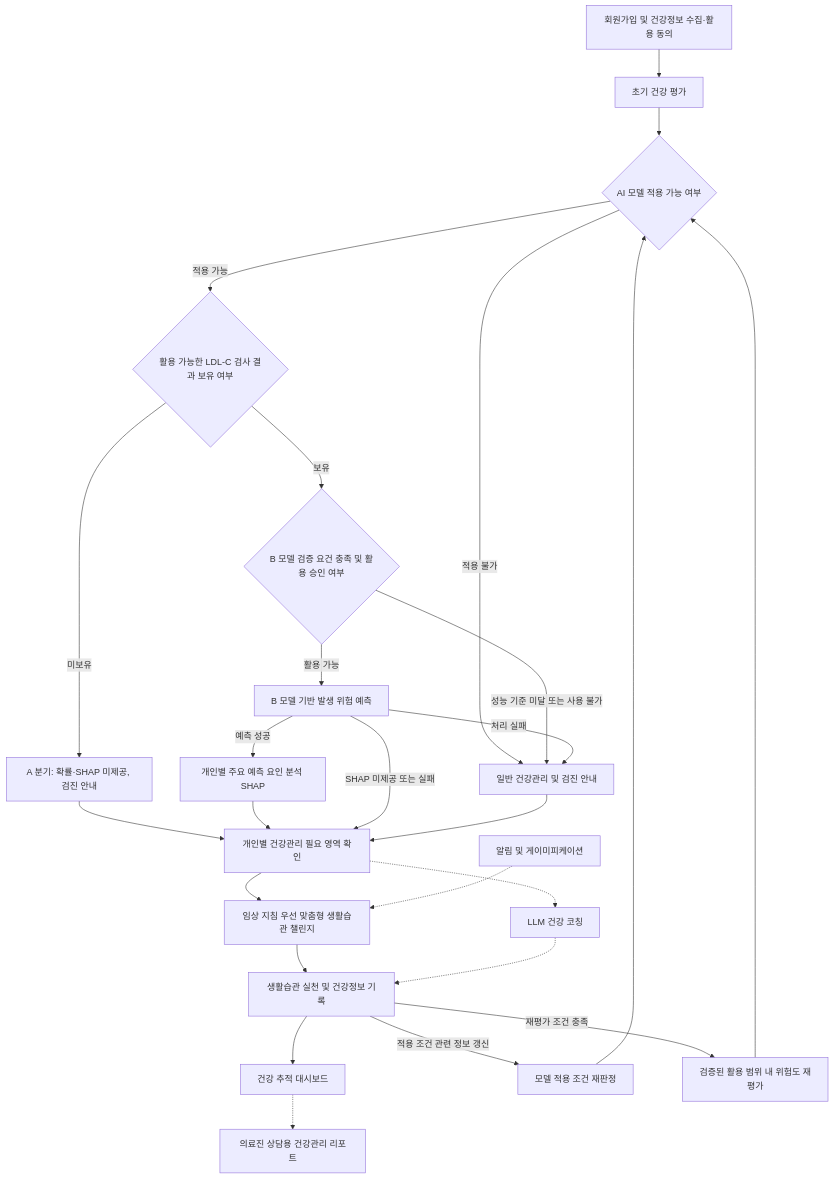
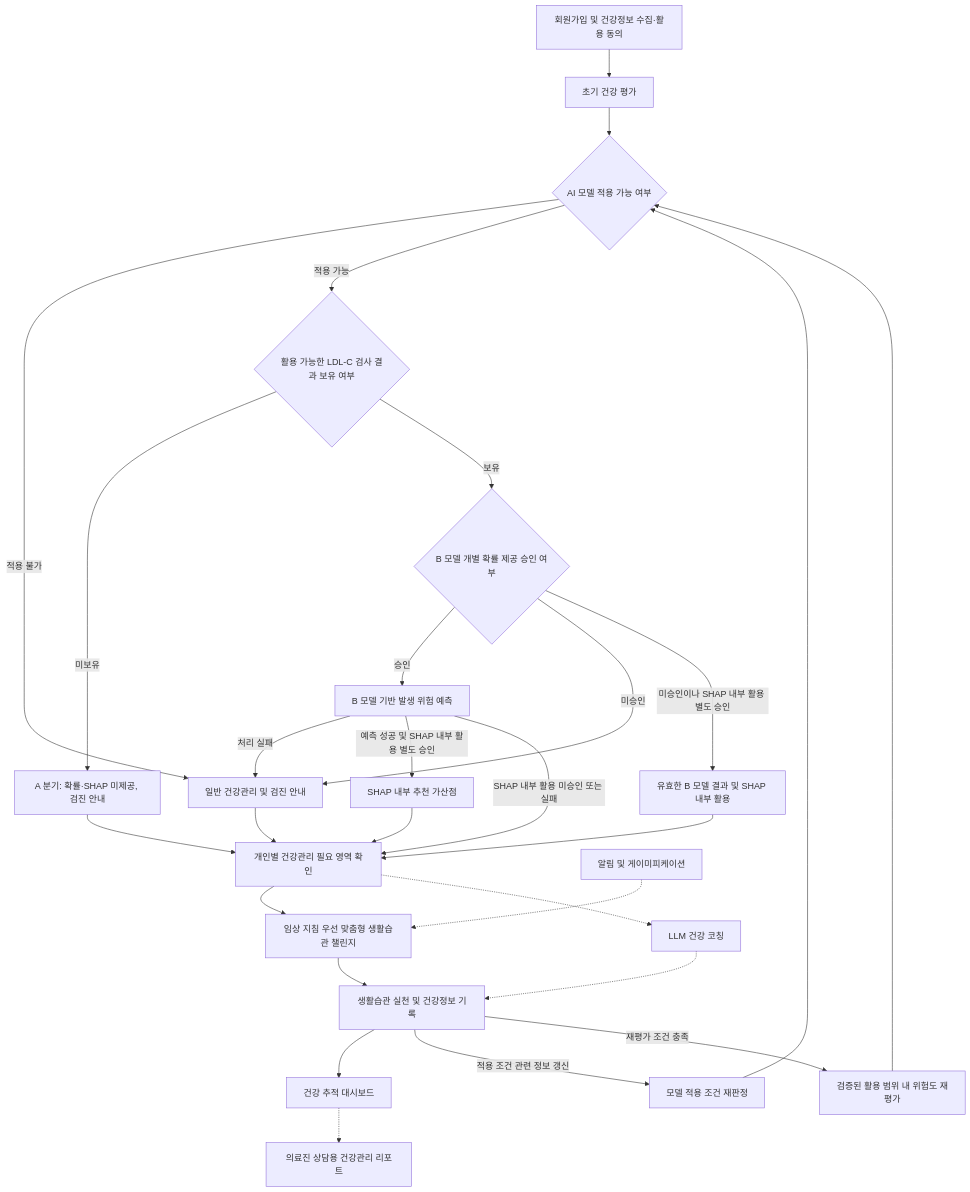
Before and after one commit to AI-HealthCare-07/welloop: the first of 2 diagrams in docs/planning/WELLOOP_요구사항정의서_v2.0.md, drawn with Mermaid. The commit also changed other lines of this file, not shown here.

````diff
--- a/docs/planning/WELLOOP_요구사항정의서_v2.0.md
+++ b/docs/planning/WELLOOP_요구사항정의서_v2.0.md
@@ -208,28 +208,30 @@
 ```mermaid
 flowchart TD
     AUTH["회원가입 및 건강정보 수집·활용 동의"] --> A["초기 건강 평가"]
     A --> B{"AI 모델 적용 가능 여부"}
     B -->|적용 불가| F["일반 건강관리 및 검진 안내"]
     B -->|적용 가능| C{"활용 가능한 LDL-C 검사 결과 보유 여부"}
     C -->|미보유| D["A 분기: 확률·SHAP 미제공, 검진 안내"]
-    C -->|보유| B1{"B 모델 검증 요건 충족 및 활용 승인 여부"}
-    B1 -->|활용 가능| E["B 모델 기반 발생 위험 예측"]
-    B1 -->|성능 기준 미달 또는 사용 불가| F
+    C -->|보유| B1{"B 모델 개별 확률 제공 승인 여부"}
+    B1 -->|승인| E["B 모델 기반 발생 위험 예측"]
+    B1 -->|미승인| F
+    B1 -->|미승인이나 SHAP 내부 활용 별도 승인| S["유효한 B 모델 결과 및 SHAP 내부 활용"]
+    S --> G
     E -->|처리 실패| F
-    E -->|예측 성공| H["개인별 주요 예측 요인 분석 SHAP"]
+    E -->|예측 성공 및 SHAP 내부 활용 별도 승인| H["SHAP 내부 추천 가산점"]
     D --> G["개인별 건강관리 필요 영역 확인"]
     H --> G
-    E -->|SHAP 미제공 또는 실패| G
+    E -->|SHAP 내부 활용 미승인 또는 실패| G
     F --> G
     G --> I["임상 지침 우선 맞춤형 생활습관 챌린지"]
     G -.-> J["LLM 건강 코칭"]
     I --> K["생활습관 실천 및 건강정보 기록"]
     J -.-> K
     L["알림 및 게이미피케이션"] -.-> I
     K --> M["건강 추적 대시보드"]
     M -.-> N["의료진 상담용 건강관리 리포트"]
     K -->|적용 조건 관련 정보 갱신| O["모델 적용 조건 재판정"]
     O --> B
     K -->|재평가 조건 충족| P["검증된 활용 범위 내 위험도 재평가"]
     P --> B
 ```
````
